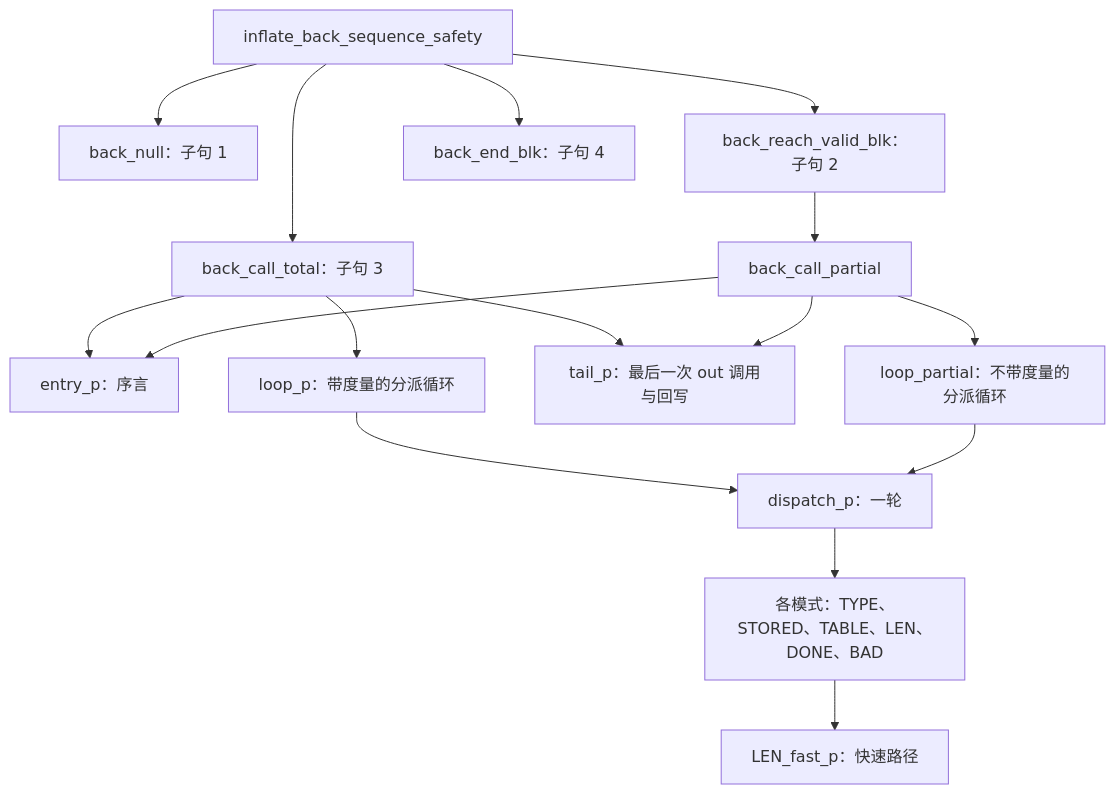
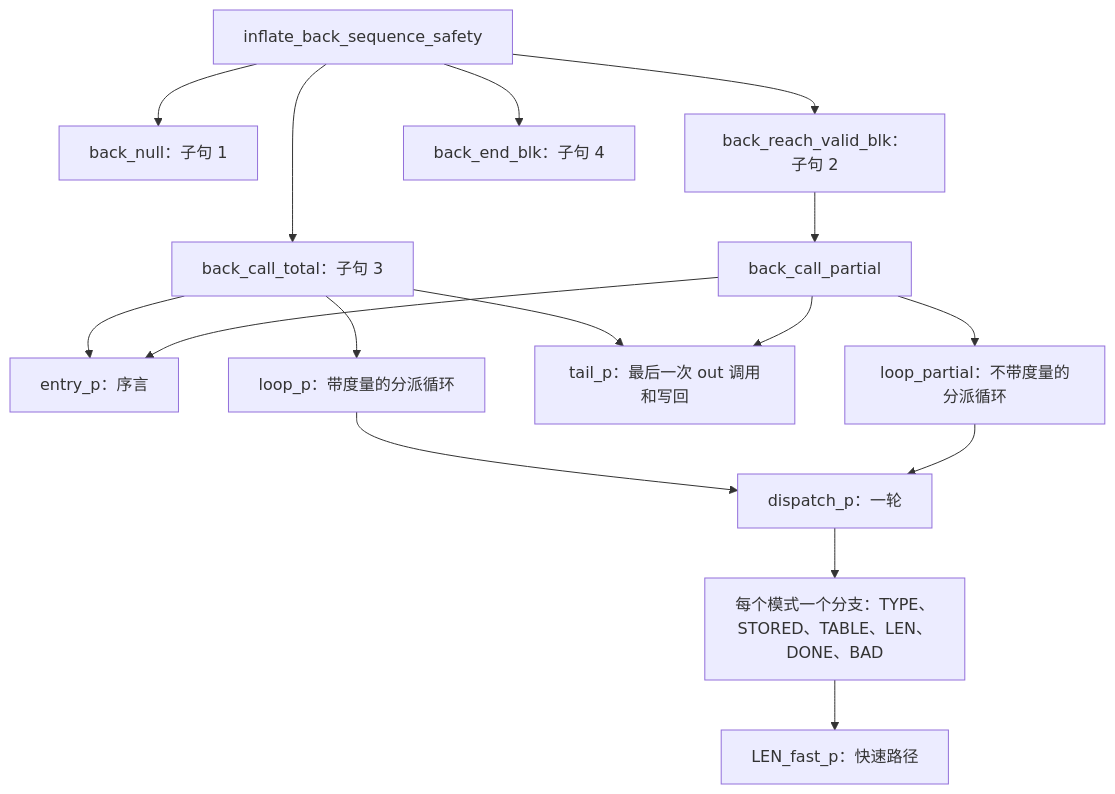
The second of 2 diagrams in docs/proof/callbacks.zh.md (cla7aye15I4nd/oss-proof), drawn with Mermaid before and after one commit. The commit also changed other lines of this file and 1 other file, not shown here.

First line of the commit message:
Docs: callbacks page shows the C calls of in and out and states the protocol against them

````diff
--- a/docs/proof/callbacks.zh.md
+++ b/docs/proof/callbacks.zh.md
@@ -87,18 +165,18 @@
 ```mermaid
 flowchart TD
     G["inflate_back_sequence_safety"] --> N["back_null：子句 1"]
     G --> V["back_reach_valid_blk：子句 2"]
     G --> T["back_call_total：子句 3"]
     G --> E["back_end_blk：子句 4"]
     V --> P["back_call_partial"]
     T --> EN["entry_p：序言"]
     T --> LP["loop_p：带度量的分派循环"]
-    T --> TL["tail_p：最后一次 out 调用与回写"]
+    T --> TL["tail_p：最后一次 out 调用和写回"]
     P --> EN
     P --> PL["loop_partial：不带度量的分派循环"]
     P --> TL
     LP --> D["dispatch_p：一轮"]
     PL --> D
-    D --> M["各模式：TYPE、STORED、TABLE、LEN、DONE、BAD"]
+    D --> M["每个模式一个分支：TYPE、STORED、TABLE、LEN、DONE、BAD"]
     M --> F["LEN_fast_p：快速路径"]
 ```
````
